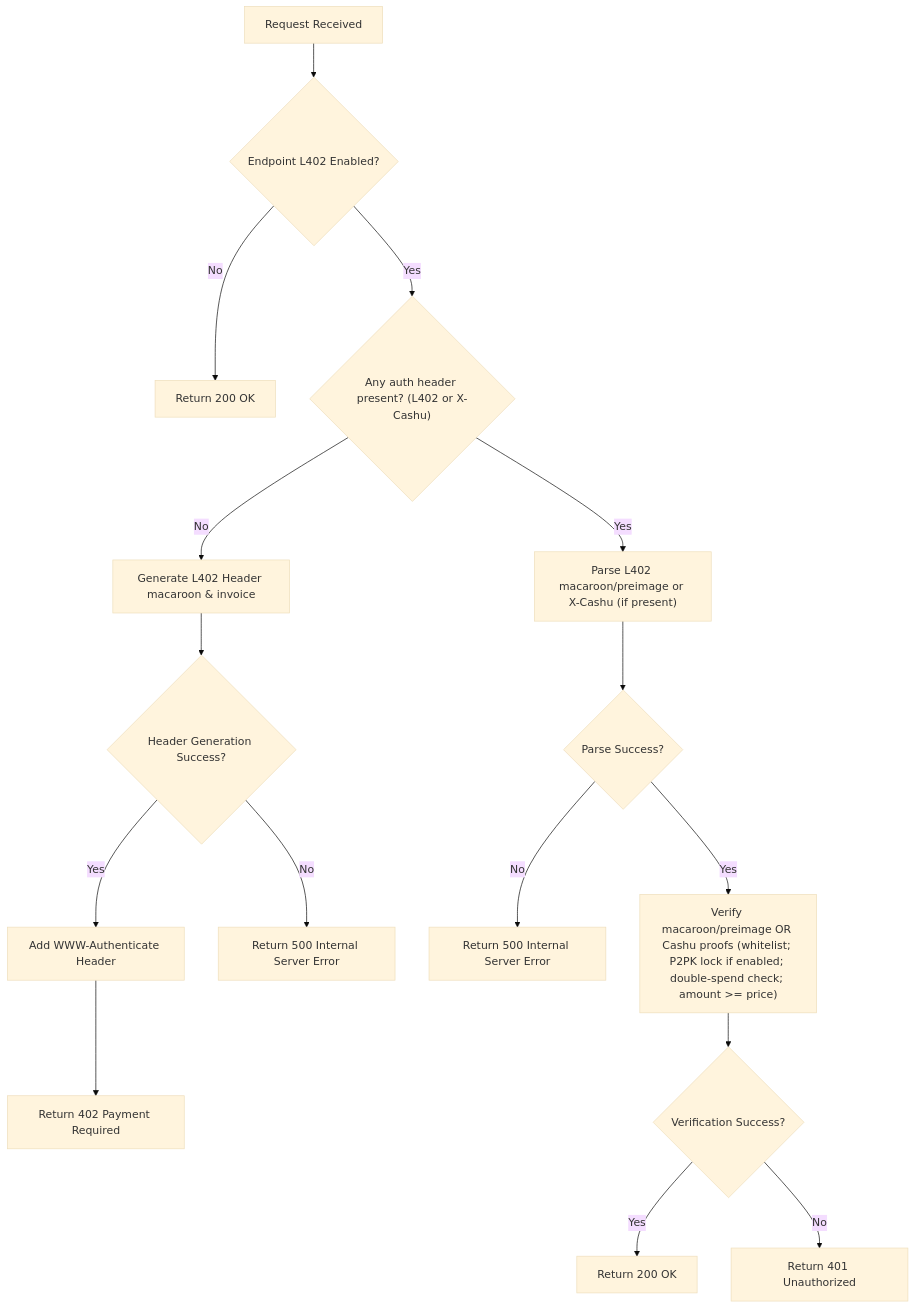
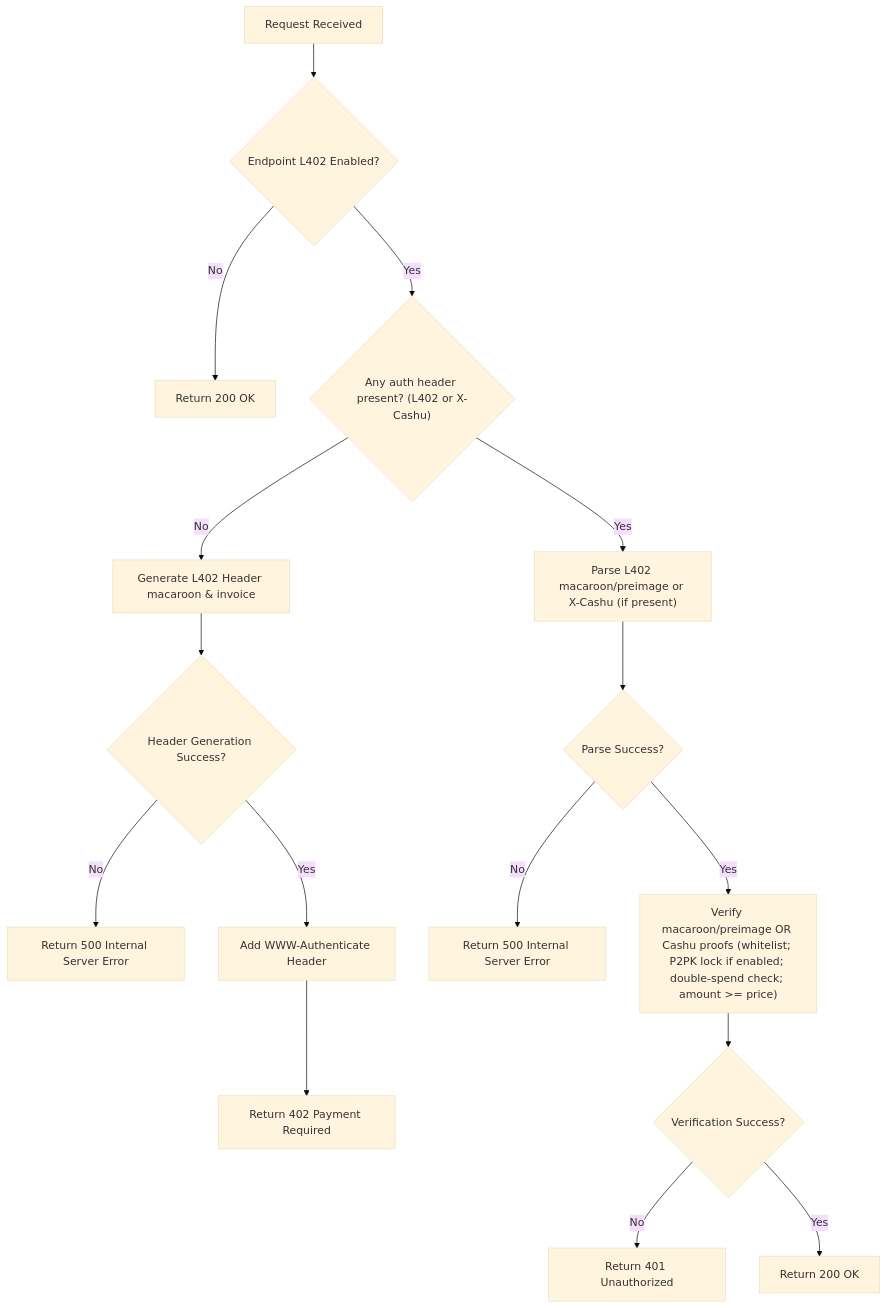
Before and after one commit to DhananjayPurohit/ngx_l402: the diagram in README.md, drawn with Mermaid (base theme). The commit also changed other lines of this file, not shown here.

````diff
--- a/README.md
+++ b/README.md
@@ -7,18 +7,18 @@
 ```mermaid
 graph TD;
     A[Request Received] --> B{Endpoint L402 Enabled?}
     B -->|No| C[Return 200 OK]
     B -->|Yes| D{"Any auth header present? (L402 or X-Cashu)"}
     D -->|No| F[Generate L402 Header macaroon & invoice]
+    D -->|Yes| K["Parse L402 macaroon/preimage or X-Cashu (if present)"]
     F --> G{Header Generation Success?}
+    G -->|No| I[Return 500 Internal Server Error]
     G -->|Yes| H[Add WWW-Authenticate Header]
-    G -->|No| I[Return 500 Internal Server Error]
     H --> J[Return 402 Payment Required]
-    D -->|Yes| K["Parse L402 macaroon/preimage or X-Cashu (if present)"]
     K --> L{Parse Success?}
     L -->|No| M[Return 500 Internal Server Error]
     L -->|Yes| N["Verify macaroon/preimage OR Cashu proofs (whitelist; P2PK lock if enabled; double-spend check; amount >= price)"]
     N --> O{Verification Success?}
+    O -->|No| Q[Return 401 Unauthorized]
     O -->|Yes| P[Return 200 OK]
-    O -->|No| Q[Return 401 Unauthorized]
 ```
````
